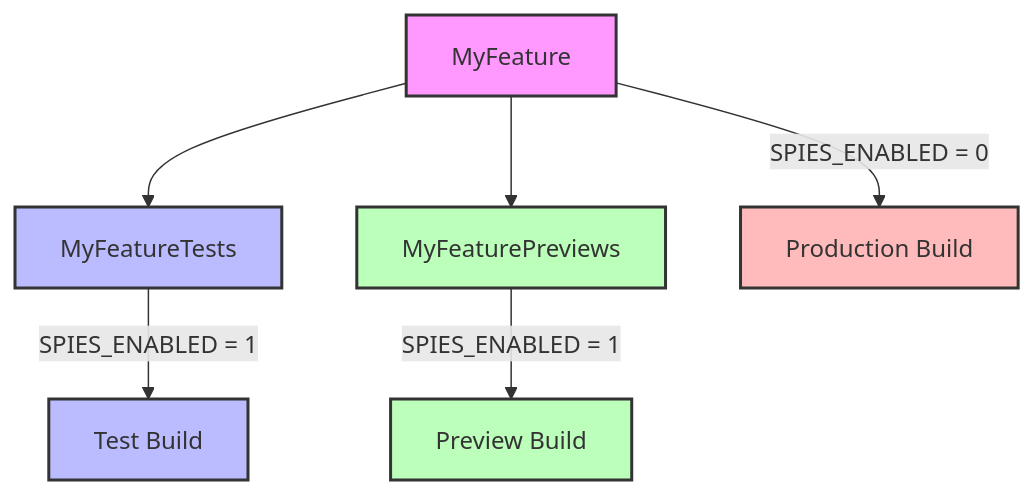
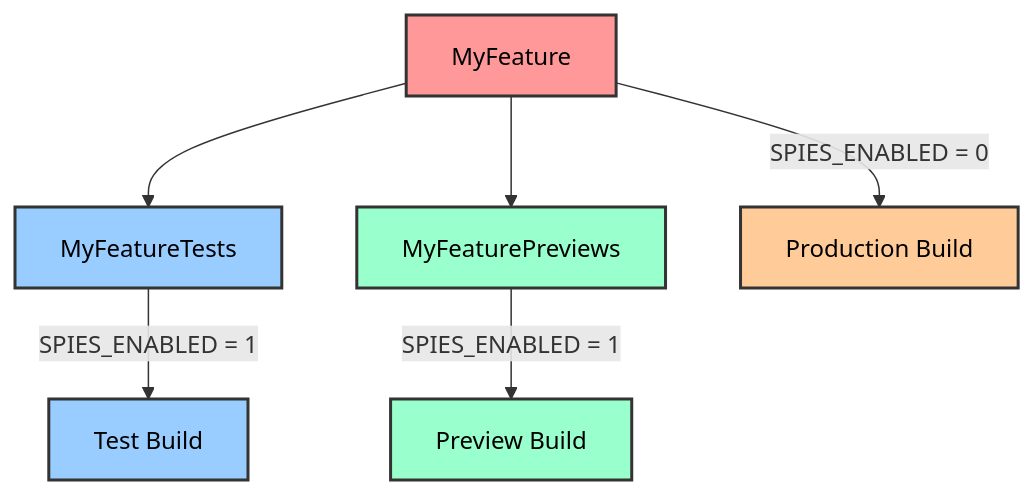
One commit to Matejkob/swift-spyable changed the diagram in README.md. Above: the diagram before and after it, drawn with Mermaid.

Commit message:
Improve Mermaid diagram visibility for light and dark modes

````diff
--- a/README.md
+++ b/README.md
@@ -116,16 +116,16 @@
 ```mermaid
 graph TD
     A[MyFeature] --> B[MyFeatureTests]
     A --> C[MyFeaturePreviews]
     
     A -- SPIES_ENABLED = 0 --> D[Production Build]
     B -- SPIES_ENABLED = 1 --> E[Test Build]
     C -- SPIES_ENABLED = 1 --> F[Preview Build]
 
-    style A fill:#f9f,stroke:#333,stroke-width:2px
-    style B fill:#bbf,stroke:#333,stroke-width:2px
-    style C fill:#bfb,stroke:#333,stroke-width:2px
-    style D fill:#fbb,stroke:#333,stroke-width:2px
-    style E fill:#bbf,stroke:#333,stroke-width:2px
-    style F fill:#bfb,stroke:#333,stroke-width:2px
+    style A fill:#ff9999,stroke:#333,stroke-width:2px,color:#000
+    style B fill:#99ccff,stroke:#333,stroke-width:2px,color:#000
+    style C fill:#99ffcc,stroke:#333,stroke-width:2px,color:#000
+    style D fill:#ffcc99,stroke:#333,stroke-width:2px,color:#000
+    style E fill:#99ccff,stroke:#333,stroke-width:2px,color:#000
+    style F fill:#99ffcc,stroke:#333,stroke-width:2px,color:#000
 ```
````
